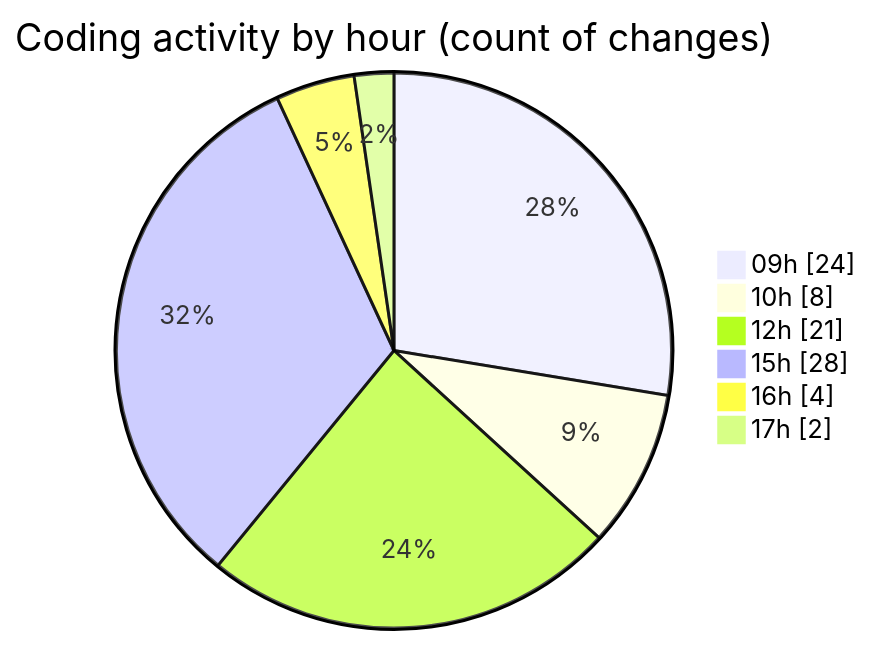
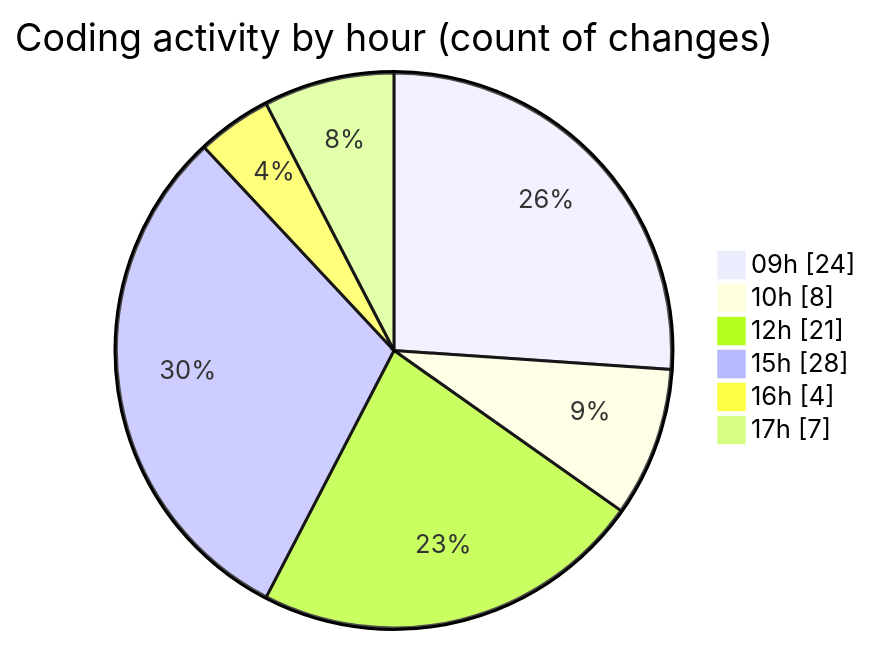
Before and after one commit to lephambinh05/code-tracking: the second of 2 diagrams in 2025-08-18/rentotp/README.md, drawn with Mermaid. The commit also changed other lines of this file and 1 other file, not shown here.

````diff
--- a/2025-08-18/rentotp/README.md
+++ b/2025-08-18/rentotp/README.md
@@ -63,10 +63,10 @@
 ```mermaid
 pie showData
 title Coding activity by hour (count of changes)
 "09h" : 24
 "10h" : 8
 "12h" : 21
 "15h" : 28
 "16h" : 4
-"17h" : 2
+"17h" : 7
 ```
````
